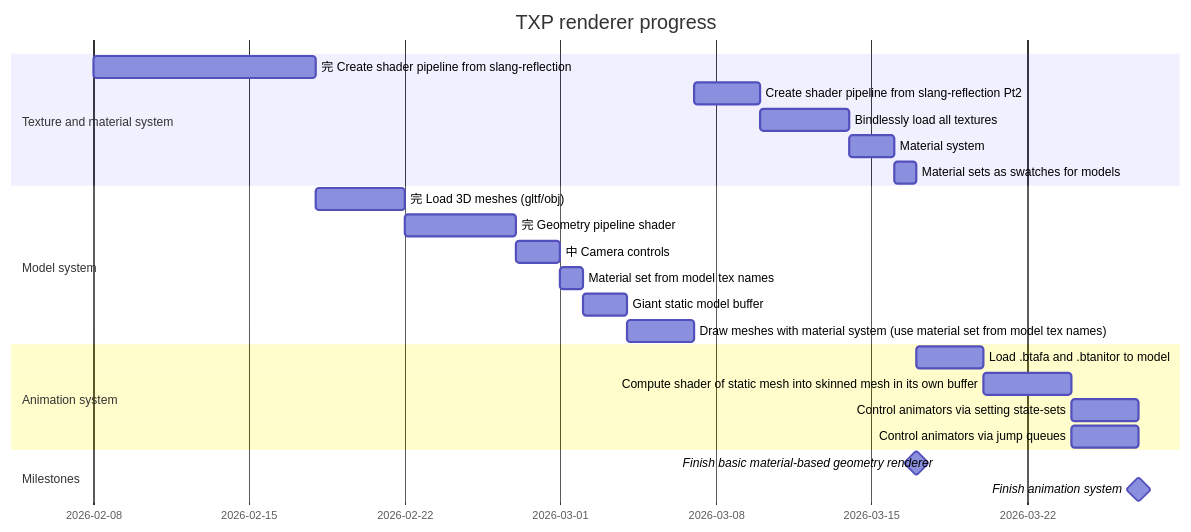
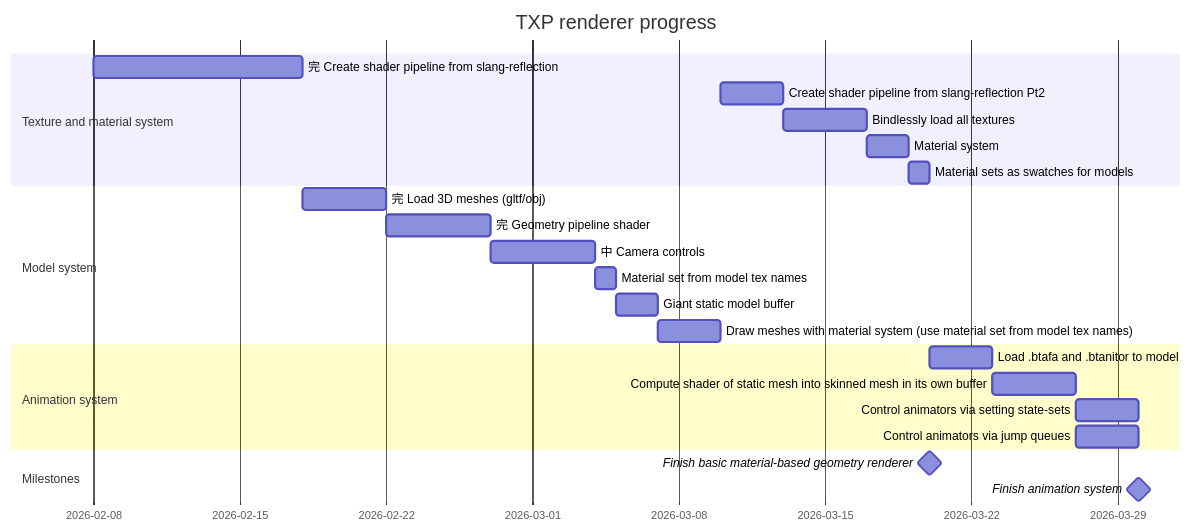
Before and after one commit to TheaGal/TXP_renderer: the second of 3 diagrams in README.md, drawn with Mermaid.

Commit message:
extends deadline in gantt

````diff
--- a/README.md
+++ b/README.md
@@ -95,26 +95,26 @@
 ```mermaid
 gantt
     title TXP renderer progress
     dateFormat YYYY/MM/DD
     section Texture and material system
         完 Create shader pipeline from slang-reflection  : a1, 2026/02/08, 10d
         Create shader pipeline from slang-reflection Pt2  : a1_1, after a8, 3d
         Bindlessly load all textures          : a2, after a1_1, 4d
         Material system                       : a3, after a2, 2d
         Material sets as swatches for models  : a4, after a3, 1d
     section Model system
         完 Load 3D meshes (gltf/obj)         : a5, after a1, 4d
         完 Geometry pipeline shader          : a5_1, after a5, 5d
-        中 Camera controls                  : a5_2, after a5_1, 2d
+        中 Camera controls                  : a5_2, after a5_1, 5d
         Material set from model tex names : a6, after a5_2, 1d
         Giant static model buffer         : a7, after a6, 2d
         Draw meshes with material system (use material set from model tex names)  : a8, after a7, 3d
     section Animation system
         Load .btafa and .btanitor to model : a9, after m1, 3d
         Compute shader of static mesh into skinned mesh in its own buffer : a10, after a9, 4d
         Control animators via setting state-sets : a11, after a10, 3d
         Control animators via jump queues : a12, after a10, 3d
     section Milestones
         Finish basic material-based geometry renderer : milestone, m1, after a4, 0d
         Finish animation system : milestone, m2, after a12, 0d
 ```
````
